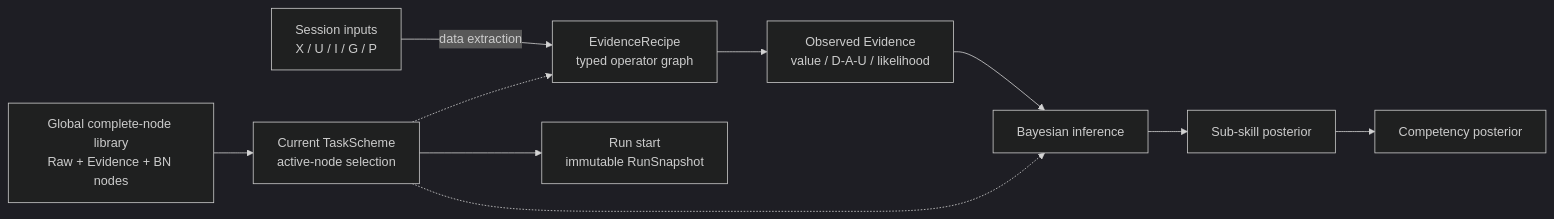
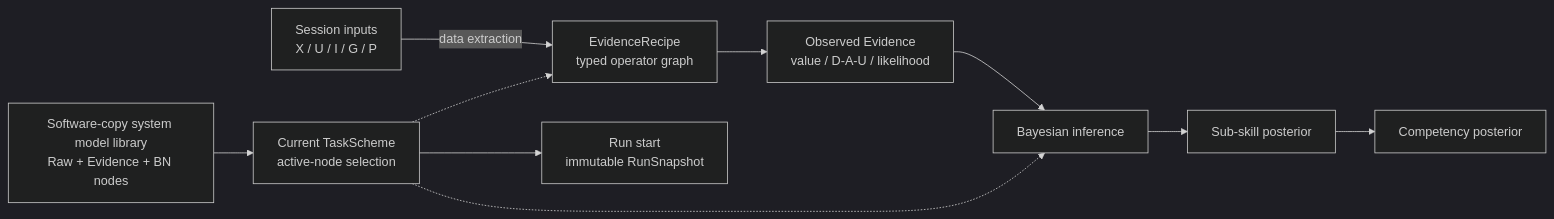
Before and after one commit to Foreverlongdamai/pilot-assessment-AI-system: the diagram in README.md, drawn with Mermaid (dark theme). The commit also changed other lines of this file and 163 other files, not shown here.

````diff
--- a/README.md
+++ b/README.md
@@ -9,13 +9,13 @@
 ```mermaid
 flowchart LR
     A["Session inputs<br/>X / U / I / G / P"] -->|"data extraction"| B["EvidenceRecipe<br/>typed operator graph"]
     B --> C["Observed Evidence<br/>value / D-A-U / likelihood"]
     C --> D["Bayesian inference"]
     D --> E["Sub-skill posterior"]
     E --> F["Competency posterior"]
 
-    L["Global complete-node library<br/>Raw + Evidence + BN nodes"] --> S["Current TaskScheme<br/>active-node selection"]
+    L["Software-copy system model library<br/>Raw + Evidence + BN nodes"] --> S["Current TaskScheme<br/>active-node selection"]
     S -.-> B
     S -.-> D
     S --> R["Run start<br/>immutable RunSnapshot"]
 ```
````
